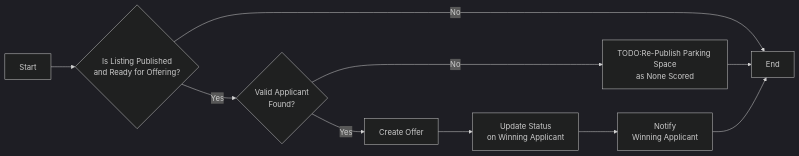
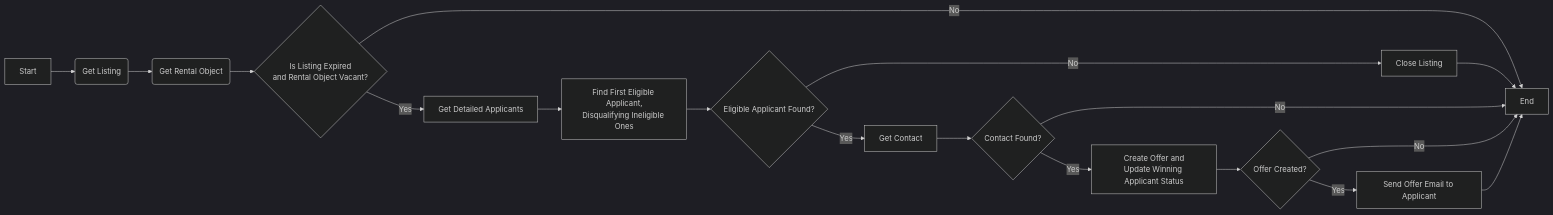
The first of 2 diagrams in core/src/processes/parkingspaces/internal/DOCS_Create_Offer_for_Scored_Parking_Space.md (Bostads-AB-Mimer/onecore), drawn with Mermaid (dark theme) before and after one commit. The commit also changed other lines of this file and 9 other files, not shown here.

Commit message:
Docs for internal/scored parking space processes

````diff
--- a/core/src/processes/parkingspaces/internal/DOCS_Create_Offer_for_Scored_Parking_Space.md
+++ b/core/src/processes/parkingspaces/internal/DOCS_Create_Offer_for_Scored_Parking_Space.md
@@ -5,12 +18,20 @@
 ```mermaid
 flowchart LR
-A[Start] --> C{Is Listing Published<br/>and Ready for Offering?}
-C --> |No| O
-C --> |Yes| F{Valid Applicant<br/>Found?}
-F --> |No| G[TODO:Re-Publish Parking Space<br/>as None Scored]
-G --> O[End]
-F --> |Yes| H[Create Offer]
-H --> I[Update Status<br/>on Winning Applicant]
-I --> J[Notify<br/>Winning Applicant]
-J --> O
+A[Start] --> B(Get Listing)
+B --> R(Get Rental Object)
+R --> C{Is Listing Expired<br/>and Rental Object Vacant?}
+C --> |No| O[End]
+C --> |Yes| D[Get Detailed Applicants]
+D --> Lp[Find First Eligible Applicant,<br/>Disqualifying Ineligible Ones]
+Lp --> F{Eligible Applicant Found?}
+F --> |No| Cl[Close Listing]
+Cl --> O
+F --> |Yes| Gc[Get Contact]
+Gc --> Gco{Contact Found?}
+Gco --> |No| O
+Gco --> |Yes| H[Create Offer and<br/>Update Winning Applicant Status]
+H --> Ho{Offer Created?}
+Ho --> |No| O
+Ho --> |Yes| N[Send Offer Email to Applicant]
+N --> O
 ```
````
